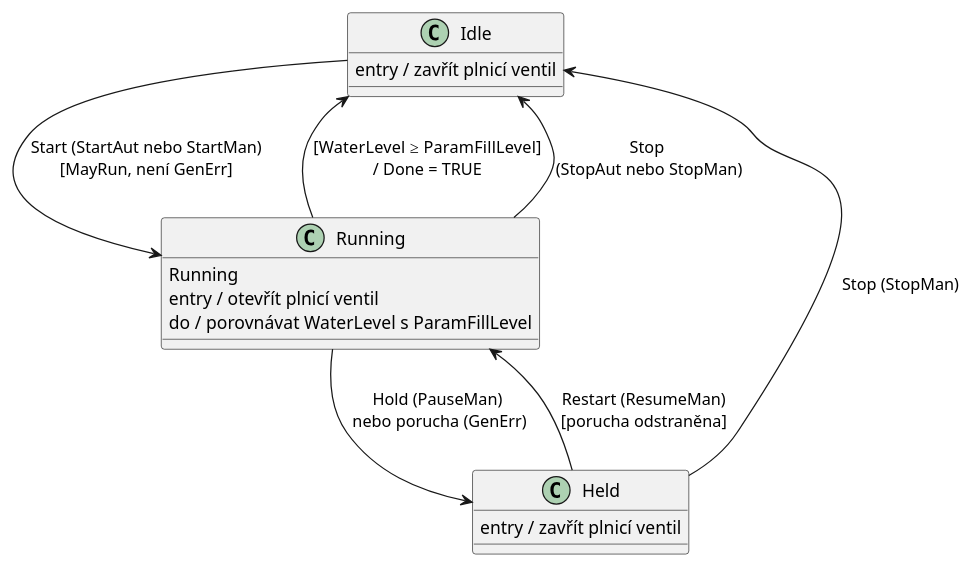
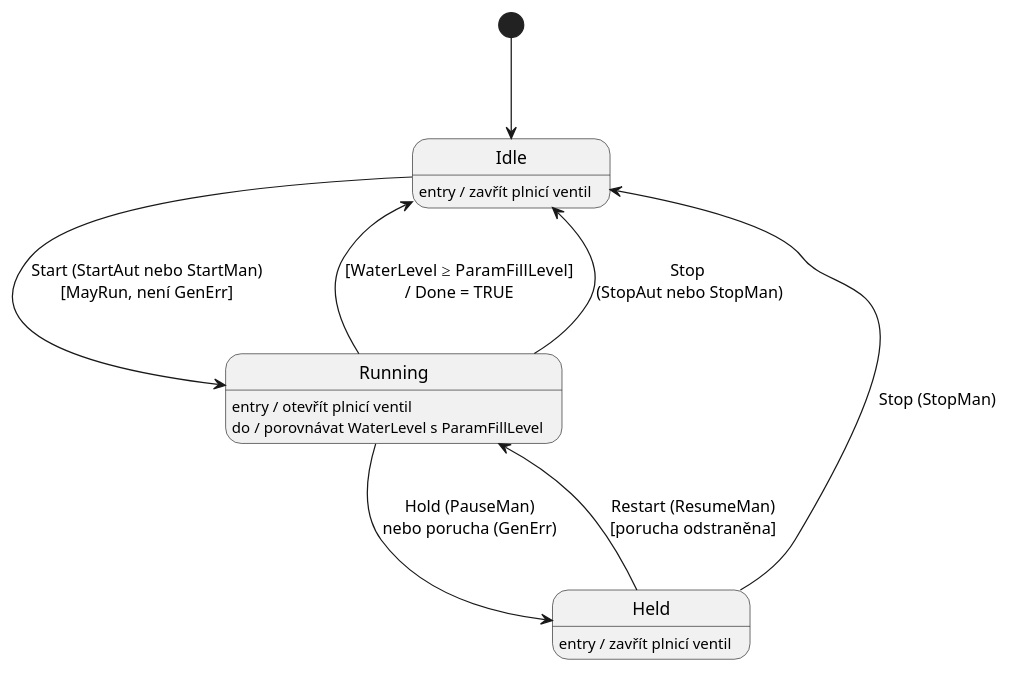
One commit to housek52/AUP_Tank_VUT changed the diagram in state_diag.plantuml. Above: the diagram before and after it, drawn with PlantUML. The commit also changed 1 other file, not shown here.

Commit message:
Finalni uprava diagramu, odkazy jsou v overleafu pro upravu a export

```diff
--- a/state_diag.plantuml
+++ b/state_diag.plantuml
@@ -1,13 +1,19 @@
 @startuml
-  Idle --> Running : Start (StartAut nebo StartMan)\n[MayRun, není GenErr]
-  Running --> Held : Hold (PauseMan)\n nebo porucha (GenErr)
-  Held --> Running : Restart (ResumeMan)\n[porucha odstraněna]
-  Running --> Idle : [WaterLevel ≥ ParamFillLevel]\n/ Done = TRUE
-  Running --> Idle : Stop \n(StopAut nebo StopMan)
-  Held --> Idle : Stop (StopMan)
-  Idle : entry / zavřít plnicí ventil
-  Running : Running
-  Running : entry / otevřít plnicí ventil
-  Running : do / porovnávat WaterLevel s ParamFillLevel
-  Held : entry / zavřít plnicí ventil
+skinparam shadowing false
+skinparam DefaultFontName Arial
+skinparam nodesep 60
+skinparam ranksep 80
+
+[*] --> Idle
+Idle --> Running : Start (StartAut nebo StartMan)\n[MayRun, není GenErr]
+Running --> Held : Hold (PauseMan)\nnebo porucha (GenErr)
+Held --> Running : Restart (ResumeMan)\n[porucha odstraněna]
+Running --> Idle : [WaterLevel ≥ ParamFillLevel]\n/ Done = TRUE
+Running --> Idle : Stop \n(StopAut nebo StopMan)
+Held --> Idle : Stop (StopMan)
+
+Idle : entry / zavřít plnicí ventil
+Running : entry / otevřít plnicí ventil
+Running : do / porovnávat WaterLevel s ParamFillLevel
+Held : entry / zavřít plnicí ventil
 @enduml
```
